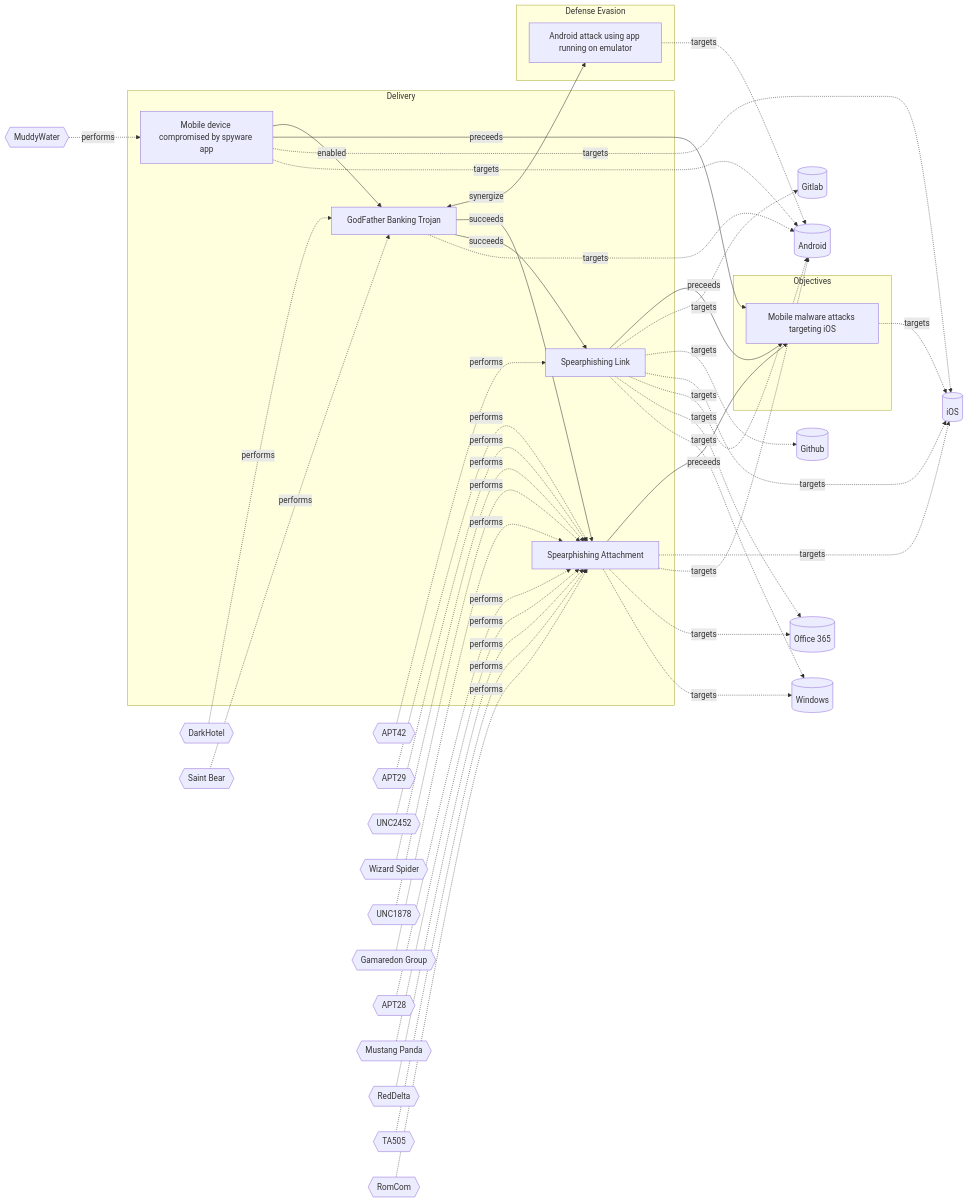
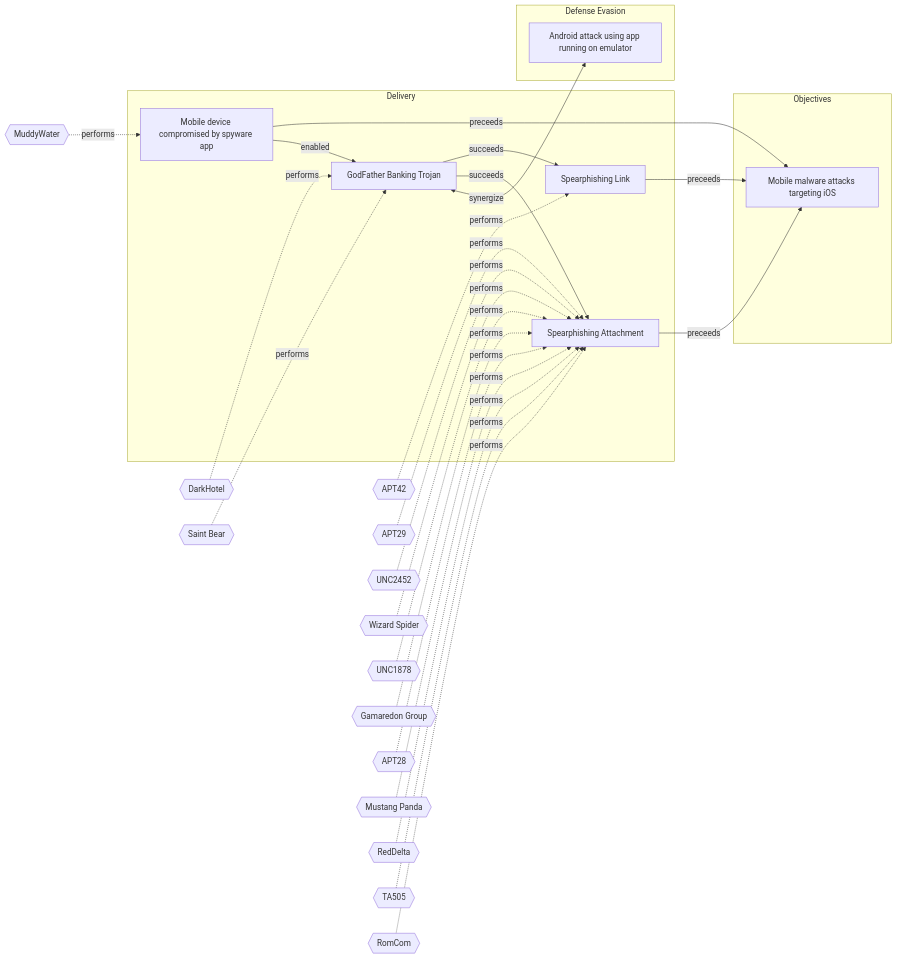
Before and after one commit to OpenTideHQ/WikiTide: the diagram in Models/Threat Vectors/☣️ Mobile device compromised by spyware app.md, drawn with Mermaid. The commit also changed other lines of this file and 232 other files, not shown here.

```diff
--- a/Models/Threat Vectors/☣️ Mobile device compromised by spyware app.md
+++ b/Models/Threat Vectors/☣️ Mobile device compromised by spyware app.md
@@ -96,12 +96,6 @@
 4a4a7c81-ca98-4761-8f23-7ef6354e9d1c
 end
 
-iOS[(iOS)]
-Android[(Android)]
-Windows[(Windows)]
-Office365[(Office 365)]
-Github[(Github)]
-Gitlab[(Gitlab)]
 MuddyWater{{MuddyWater}}
 APT42{{APT42}}
 APT29{{APT29}}
@@ -117,21 +111,6 @@
 DarkHotel{{DarkHotel}}
 SaintBear{{Saint Bear}}
 
-ef4ba2bf-dfcb-4b70-8f45-7625baeb96d0 -.->|targets| iOS
-99c78650-8e19-4756-90fb-2573242577ca -.->|targets| Android
-99c78650-8e19-4756-90fb-2573242577ca -.->|targets| iOS
-1a68b5eb-0112-424d-a21f-88dda0b6b8df -.->|targets| Windows
-1a68b5eb-0112-424d-a21f-88dda0b6b8df -.->|targets| Office365
-1a68b5eb-0112-424d-a21f-88dda0b6b8df -.->|targets| Android
-1a68b5eb-0112-424d-a21f-88dda0b6b8df -.->|targets| iOS
-1a68b5eb-0112-424d-a21f-88dda0b6b8df -.->|targets| Github
-1a68b5eb-0112-424d-a21f-88dda0b6b8df -.->|targets| Gitlab
-dd5d942c-bac4-4000-b9a6-ca4fef6cfb84 -.->|targets| Windows
-dd5d942c-bac4-4000-b9a6-ca4fef6cfb84 -.->|targets| Office365
-dd5d942c-bac4-4000-b9a6-ca4fef6cfb84 -.->|targets| Android
-dd5d942c-bac4-4000-b9a6-ca4fef6cfb84 -.->|targets| iOS
-46a79e6f-3df1-4332-a452-3f1fe83bdaf3 -.->|targets| Android
-4a4a7c81-ca98-4761-8f23-7ef6354e9d1c -.->|targets| Android
 MuddyWater -.-> |performs| 99c78650-8e19-4756-90fb-2573242577ca
 APT42 -.-> |performs| 1a68b5eb-0112-424d-a21f-88dda0b6b8df
 APT29 -.-> |performs| dd5d942c-bac4-4000-b9a6-ca4fef6cfb84
```
